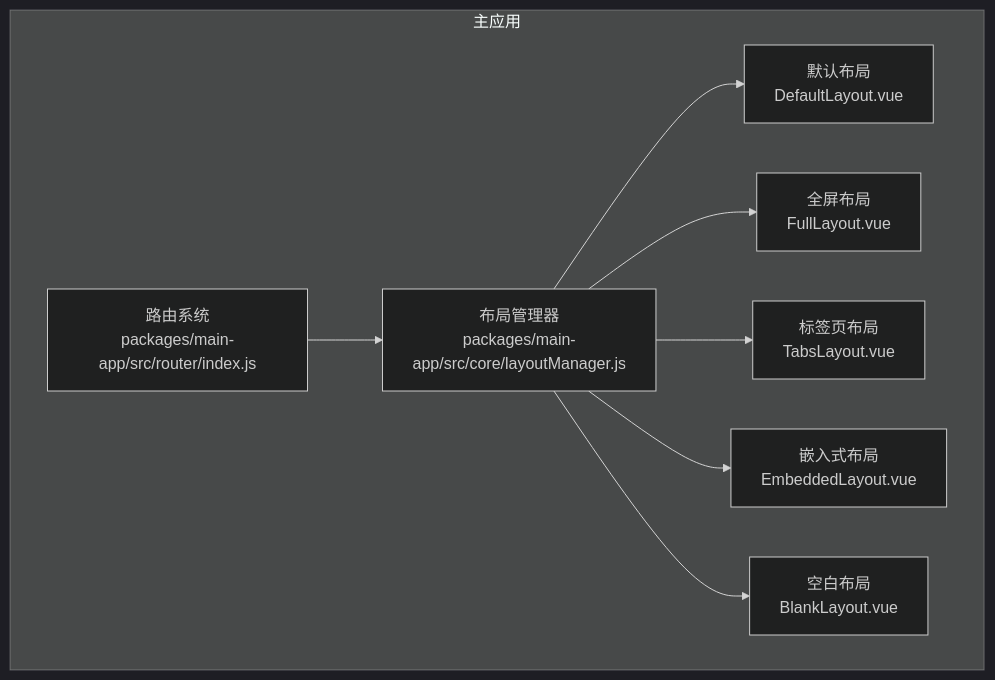
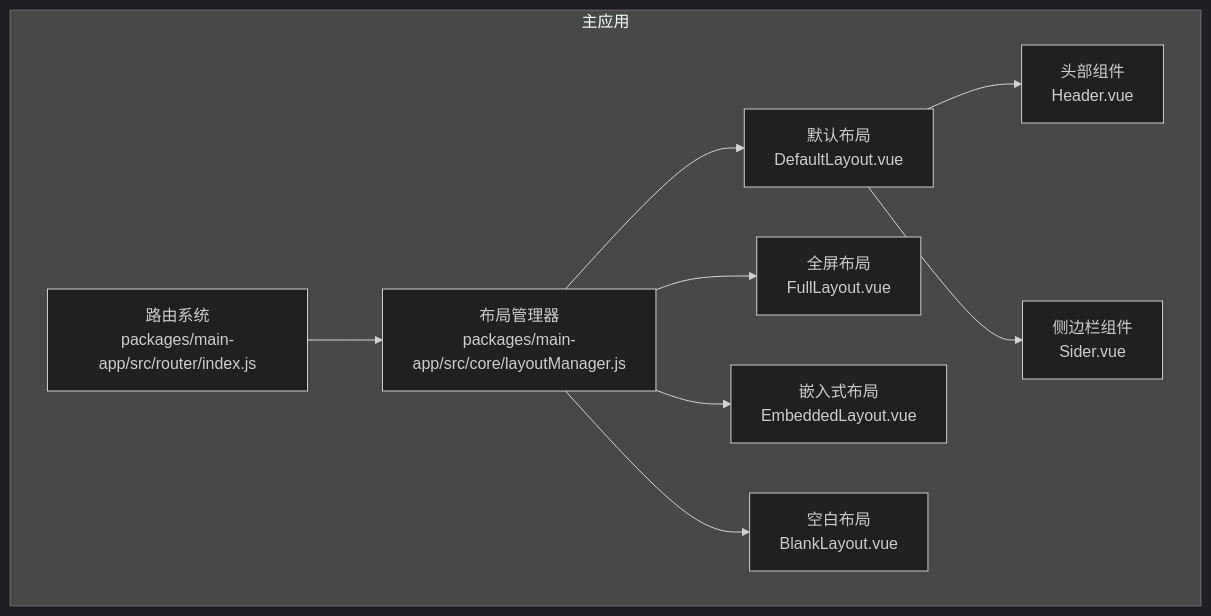
The first of 7 diagrams in .qoder/repowiki/zh/content/架构设计/布局架构.md (my-Sitara/artisan-base-frontend), drawn with Mermaid (dark theme) before and after one commit. The commit also changed other lines of this file and 25 other files, not shown here.

````diff
--- a/.qoder/repowiki/zh/content/架构设计/布局架构.md
+++ b/.qoder/repowiki/zh/content/架构设计/布局架构.md
@@ -38,18 +47,20 @@
 ```mermaid
 graph TB
 subgraph "主应用"
 LM["布局管理器<br/>packages/main-app/src/core/layoutManager.js"]
 RT["路由系统<br/>packages/main-app/src/router/index.js"]
 DL["默认布局<br/>DefaultLayout.vue"]
 FL["全屏布局<br/>FullLayout.vue"]
-TL["标签页布局<br/>TabsLayout.vue"]
 EL["嵌入式布局<br/>EmbeddedLayout.vue"]
 BL["空白布局<br/>BlankLayout.vue"]
+HD["头部组件<br/>Header.vue"]
+SD["侧边栏组件<br/>Sider.vue"]
 end
 RT --> LM
 LM --> DL
 LM --> FL
-LM --> TL
 LM --> EL
 LM --> BL
+DL --> HD
+DL --> SD
 ```
````
